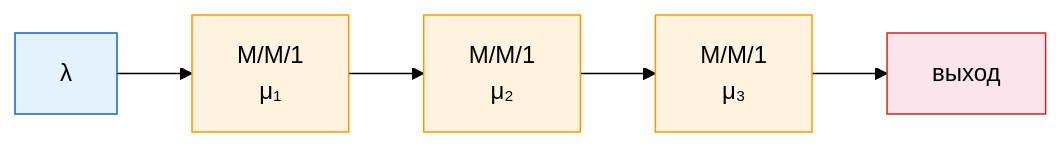
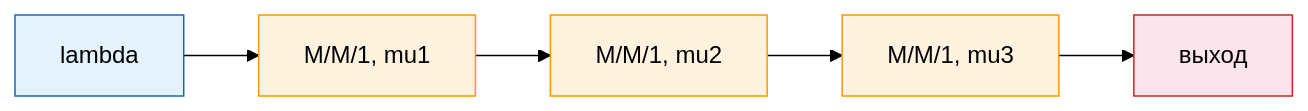
The fourth of 6 diagrams in docs/08-queueing-networks.md (stareeg/simulation-modeling-notes), drawn with Mermaid (forest theme) before and after one commit. The commit also changed other lines of this file and 14 other files, not shown here.

````diff
--- a/docs/08-queueing-networks.md
+++ b/docs/08-queueing-networks.md
@@ -134,13 +138,13 @@
 ```mermaid
 flowchart LR
-    IN["λ"] --> Q1["M/M/1\nμ₁"]
-    Q1 --> Q2["M/M/1\nμ₂"]
-    Q2 --> Q3["M/M/1\nμ₃"]
+    IN["lambda"] --> Q1["M/M/1, mu1"]
+    Q1 --> Q2["M/M/1, mu2"]
+    Q2 --> Q3["M/M/1, mu3"]
     Q3 --> OUT["выход"]
 
     style IN fill:#e3f2fd,stroke:#1565C0
     style OUT fill:#fce4ec,stroke:#C62828
     style Q1 fill:#fff3e0,stroke:#FF9800
     style Q2 fill:#fff3e0,stroke:#FF9800
     style Q3 fill:#fff3e0,stroke:#FF9800
 ```
````
